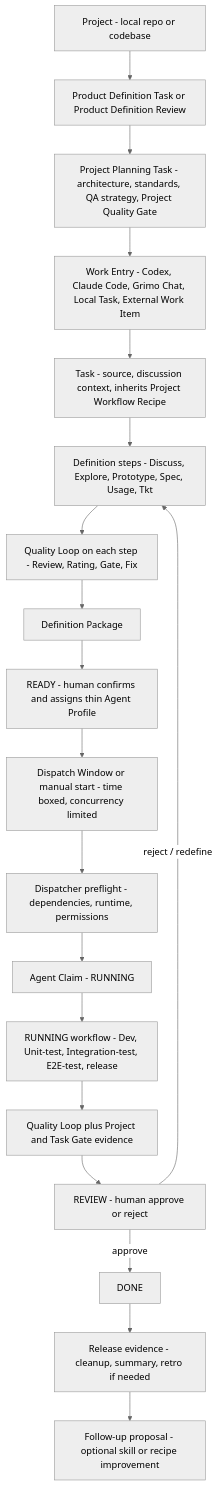
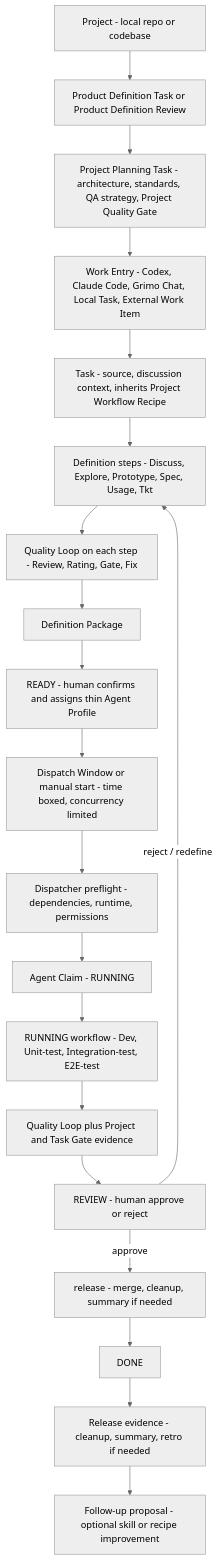
Before and after one commit to samzhu/grimoAPP: the seventh of 14 diagrams in docs/grimo/PRD.md, drawn with Mermaid (neutral theme). The commit also changed other lines of this file and 29 other files, not shown here.

````diff
--- a/docs/grimo/PRD.md
+++ b/docs/grimo/PRD.md
@@ -257,21 +260,22 @@
 ```mermaid
 graph TD
   Project["Project - local repo or codebase"] --> Direction["Product Definition Task or Product Definition Review"]
   Direction --> Planning["Project Planning Task - architecture, standards, QA strategy, Project Quality Gate"]
   Planning --> Entry["Work Entry - Codex, Claude Code, Grimo Chat, Local Task, External Work Item"]
   Entry --> Task["Task - source, discussion context, inherits Project Workflow Recipe"]
   Task --> Definition["Definition steps - Discuss, Explore, Prototype, Spec, Usage, Tkt"]
   Definition --> DefQL["Quality Loop on each step - Review, Rating, Gate, Fix"]
   DefQL --> Package["Definition Package"]
   Package --> Ready["READY - human confirms and assigns thin Agent Profile"]
   Ready --> Dispatch["Dispatch Window or manual start - time boxed, concurrency limited"]
   Dispatch --> Claim["Dispatcher preflight - dependencies, runtime, permissions"]
   Claim --> Running["Agent Claim - RUNNING"]
-  Running --> Execution["RUNNING workflow - Dev, Unit-test, Integration-test, E2E-test, release"]
+  Running --> Execution["RUNNING workflow - Dev, Unit-test, Integration-test, E2E-test"]
   Execution --> ExecQL["Quality Loop plus Project and Task Gate evidence"]
   ExecQL --> HumanReview["REVIEW - human approve or reject"]
-  HumanReview -- "approve" --> Done["DONE"]
+  HumanReview -- "approve" --> ReleaseAction["release - merge, cleanup, summary if needed"]
+  ReleaseAction --> Done["DONE"]
   HumanReview -- "reject / redefine" --> Definition
   Done --> ReleaseEvidence["Release evidence - cleanup, summary, retro if needed"]
   ReleaseEvidence --> Learning["Follow-up proposal - optional skill or recipe improvement"]
 ```
````
